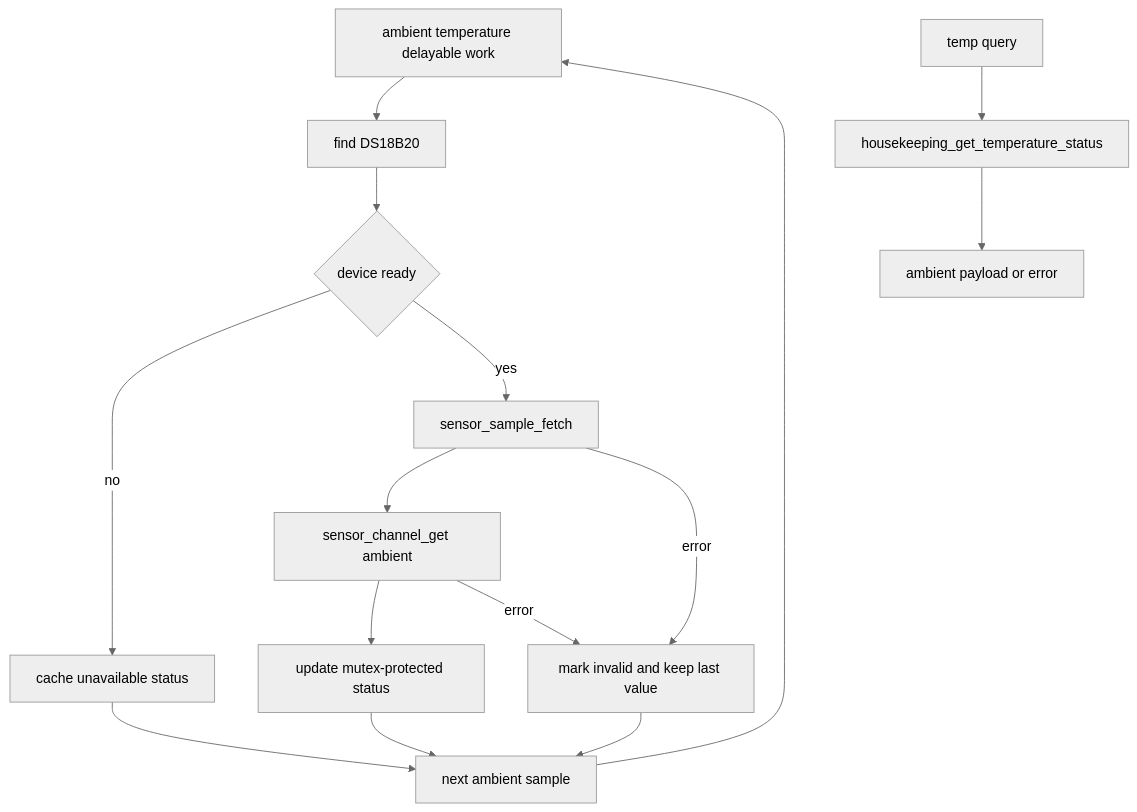
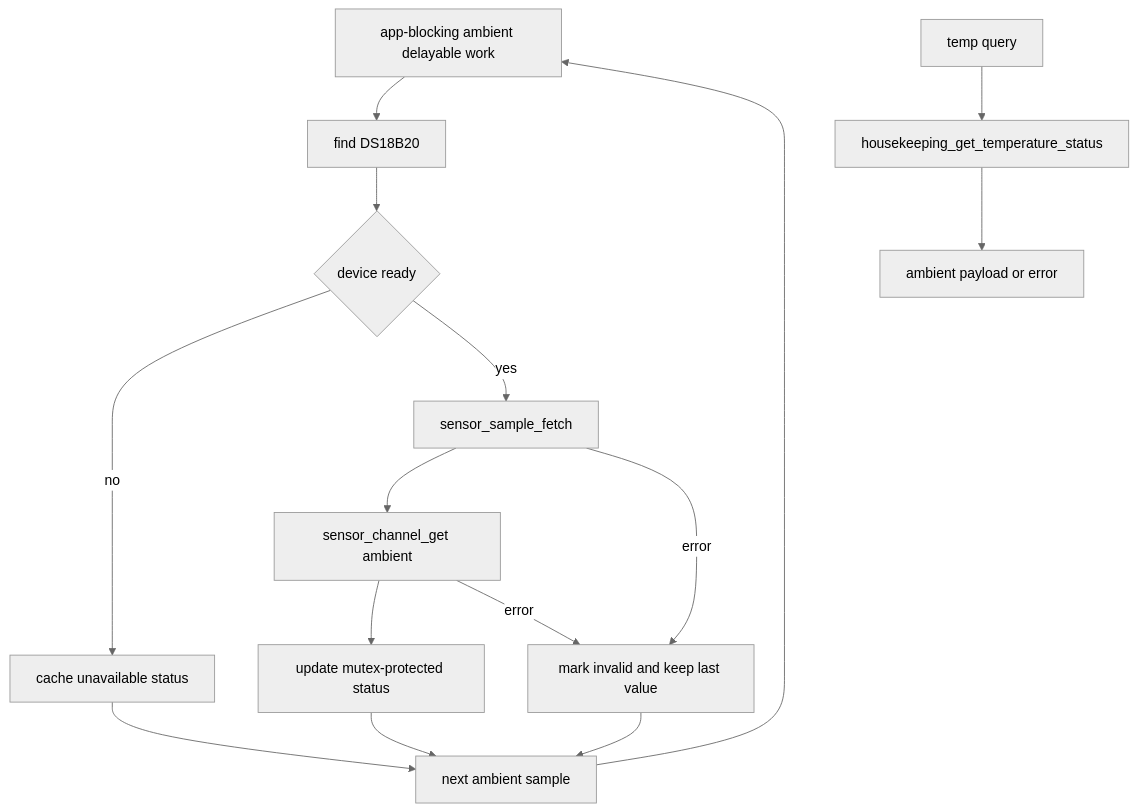
One commit to COO-Utilities/hispec-tib changed diagram 16 of 22 in doc/diagrams.md. Above: the diagram before and after it, drawn with Mermaid (neutral theme). The commit also changed other lines of this file and 12 other files, not shown here.

Commit message:
Move blocking app work off system queue

````diff
--- a/doc/diagrams.md
+++ b/doc/diagrams.md
@@ -328,17 +328,17 @@
 ```mermaid
 flowchart TD
-  Work[ambient temperature delayable work] --> Find[find DS18B20]
+  Work[app-blocking ambient delayable work] --> Find[find DS18B20]
   Find --> Ready{device ready}
   Ready -- no --> InitErr[cache unavailable status]
   InitErr --> Wait[next ambient sample]
   Ready -- yes --> Fetch[sensor_sample_fetch]
   Fetch --> SensorGet[sensor_channel_get ambient]
   SensorGet --> Cache[update mutex-protected status]
   SensorGet -- error --> CacheErr[mark invalid and keep last value]
   Fetch -- error --> CacheErr
   Cache --> Wait
   CacheErr --> Wait
   Wait --> Work
   Command[temp query] --> Read[housekeeping_get_temperature_status]
   Read --> Response[ambient payload or error]
 ```
````
